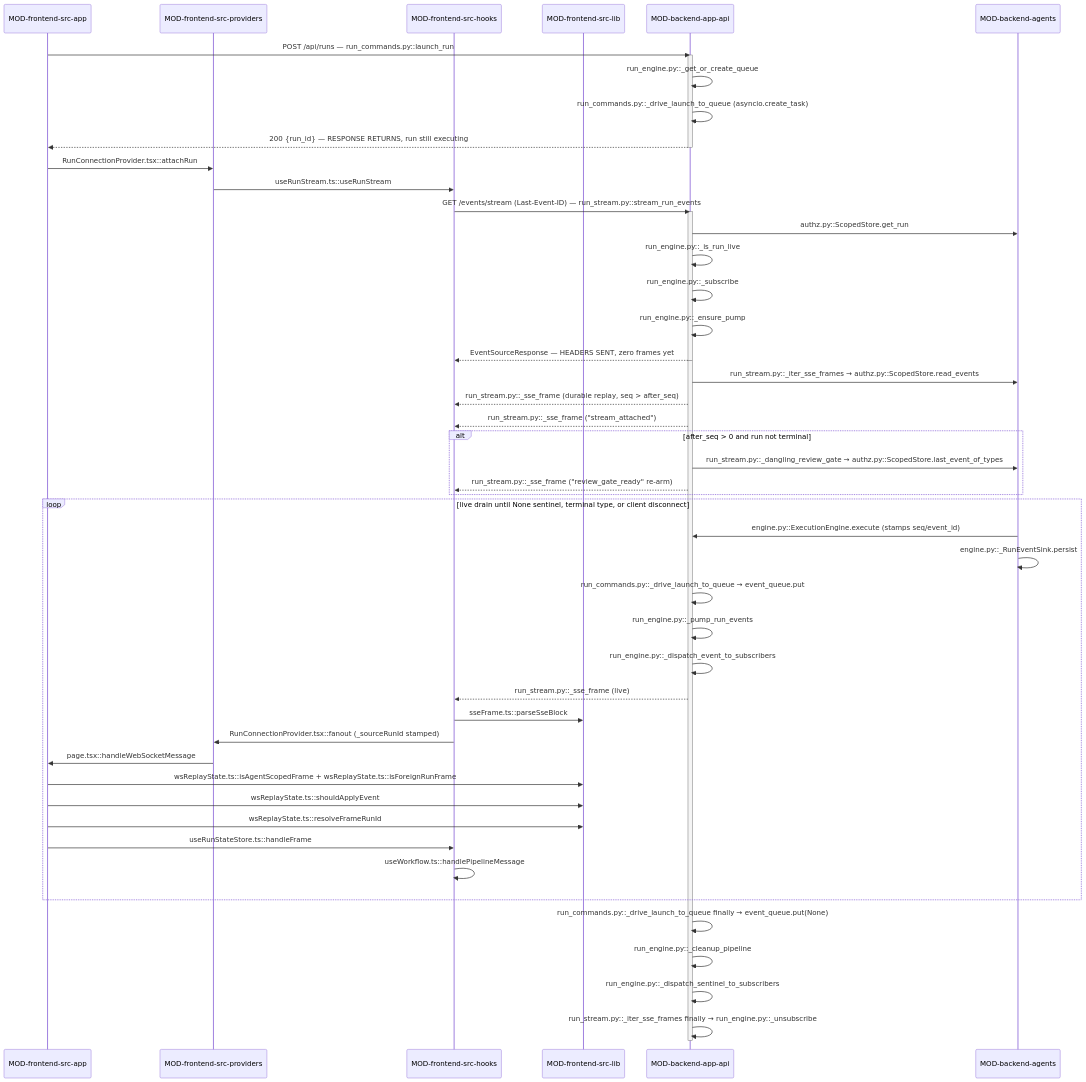
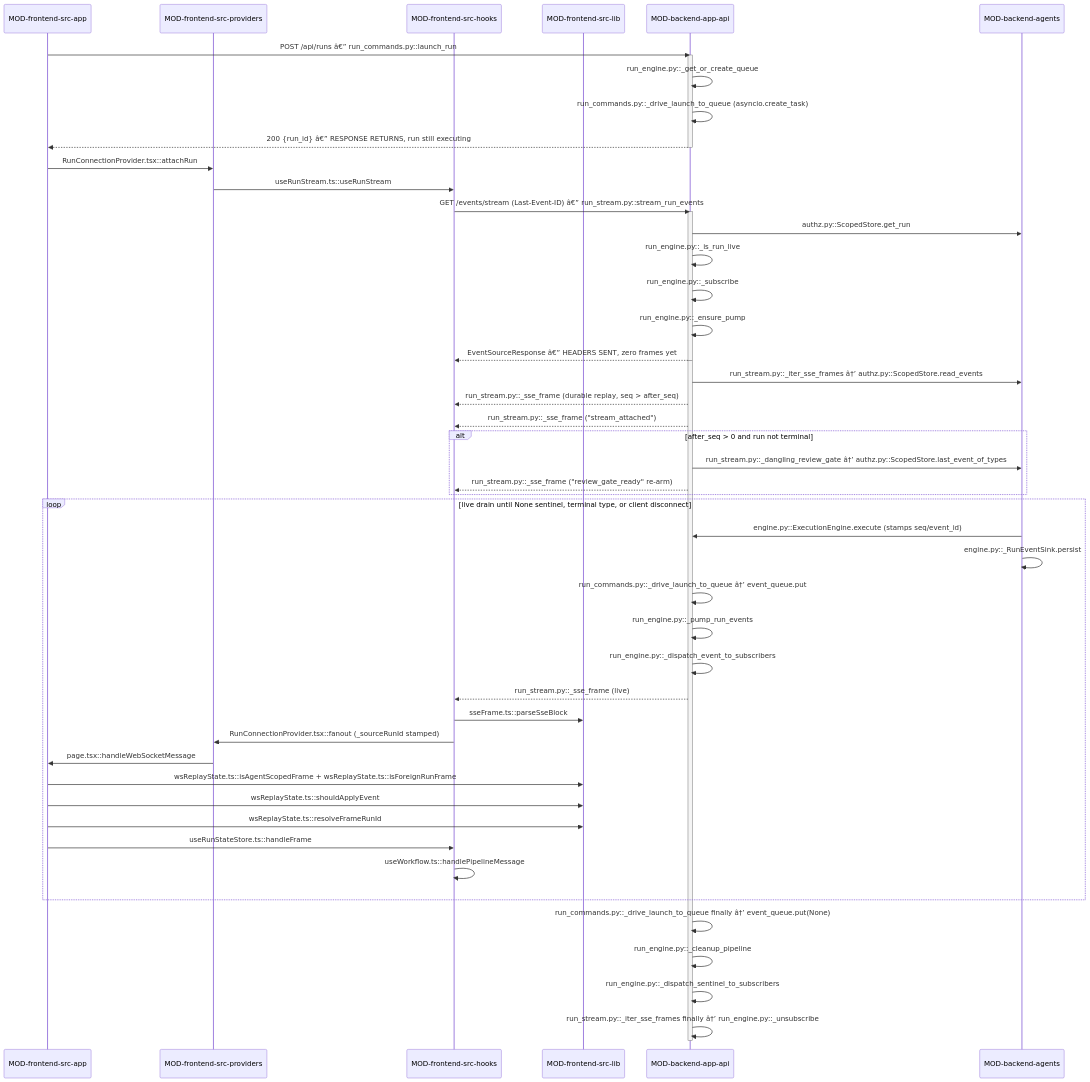
Before and after one commit to prateek-sinha7/IdeaFlowAI: the second of 2 diagrams in .knowledge/architecture/DOMAIN-run-streaming.md, drawn with Mermaid. The commit also changed other lines of this file and 791 other files, not shown here.

````diff
--- a/.knowledge/architecture/DOMAIN-run-streaming.md
+++ b/.knowledge/architecture/DOMAIN-run-streaming.md
@@ -192,59 +177,59 @@
 ```mermaid
 sequenceDiagram
     participant MOD-frontend-src-app
     participant MOD-frontend-src-providers
     participant MOD-frontend-src-hooks
     participant MOD-frontend-src-lib
     participant MOD-backend-app-api
     participant MOD-backend-agents
 
-    MOD-frontend-src-app->>MOD-backend-app-api: POST /api/runs — run_commands.py::launch_run
+    MOD-frontend-src-app->>MOD-backend-app-api: POST /api/runs â€” run_commands.py::launch_run
     activate MOD-backend-app-api
     MOD-backend-app-api->>MOD-backend-app-api: run_engine.py::_get_or_create_queue
     MOD-backend-app-api->>MOD-backend-app-api: run_commands.py::_drive_launch_to_queue (asyncio.create_task)
-    MOD-backend-app-api-->>MOD-frontend-src-app: 200 {run_id} — RESPONSE RETURNS, run still executing
+    MOD-backend-app-api-->>MOD-frontend-src-app: 200 {run_id} â€” RESPONSE RETURNS, run still executing
     deactivate MOD-backend-app-api
 
     MOD-frontend-src-app->>MOD-frontend-src-providers: RunConnectionProvider.tsx::attachRun
     MOD-frontend-src-providers->>MOD-frontend-src-hooks: useRunStream.ts::useRunStream
-    MOD-frontend-src-hooks->>MOD-backend-app-api: GET /events/stream (Last-Event-ID) — run_stream.py::stream_run_events
+    MOD-frontend-src-hooks->>MOD-backend-app-api: GET /events/stream (Last-Event-ID) â€” run_stream.py::stream_run_events
     activate MOD-backend-app-api
     MOD-backend-app-api->>MOD-backend-agents: authz.py::ScopedStore.get_run
     MOD-backend-app-api->>MOD-backend-app-api: run_engine.py::_is_run_live
     MOD-backend-app-api->>MOD-backend-app-api: run_engine.py::_subscribe
     MOD-backend-app-api->>MOD-backend-app-api: run_engine.py::_ensure_pump
-    MOD-backend-app-api-->>MOD-frontend-src-hooks: EventSourceResponse — HEADERS SENT, zero frames yet
+    MOD-backend-app-api-->>MOD-frontend-src-hooks: EventSourceResponse â€” HEADERS SENT, zero frames yet
     deactivate MOD-backend-app-api
 
     activate MOD-backend-app-api
-    MOD-backend-app-api->>MOD-backend-agents: run_stream.py::_iter_sse_frames → authz.py::ScopedStore.read_events
+    MOD-backend-app-api->>MOD-backend-agents: run_stream.py::_iter_sse_frames â†’ authz.py::ScopedStore.read_events
     MOD-backend-app-api-->>MOD-frontend-src-hooks: run_stream.py::_sse_frame (durable replay, seq > after_seq)
     MOD-backend-app-api-->>MOD-frontend-src-hooks: run_stream.py::_sse_frame ("stream_attached")
     alt after_seq > 0 and run not terminal
-        MOD-backend-app-api->>MOD-backend-agents: run_stream.py::_dangling_review_gate → authz.py::ScopedStore.last_event_of_types
+        MOD-backend-app-api->>MOD-backend-agents: run_stream.py::_dangling_review_gate â†’ authz.py::ScopedStore.last_event_of_types
         MOD-backend-app-api-->>MOD-frontend-src-hooks: run_stream.py::_sse_frame ("review_gate_ready" re-arm)
     end
 
     loop live drain until None sentinel, terminal type, or client disconnect
         MOD-backend-agents->>MOD-backend-app-api: engine.py::ExecutionEngine.execute (stamps seq/event_id)
         MOD-backend-agents->>MOD-backend-agents: engine.py::_RunEventSink.persist
-        MOD-backend-app-api->>MOD-backend-app-api: run_commands.py::_drive_launch_to_queue → event_queue.put
+        MOD-backend-app-api->>MOD-backend-app-api: run_commands.py::_drive_launch_to_queue â†’ event_queue.put
         MOD-backend-app-api->>MOD-backend-app-api: run_engine.py::_pump_run_events
         MOD-backend-app-api->>MOD-backend-app-api: run_engine.py::_dispatch_event_to_subscribers
         MOD-backend-app-api-->>MOD-frontend-src-hooks: run_stream.py::_sse_frame (live)
         MOD-frontend-src-hooks->>MOD-frontend-src-lib: sseFrame.ts::parseSseBlock
         MOD-frontend-src-hooks->>MOD-frontend-src-providers: RunConnectionProvider.tsx::fanout (_sourceRunId stamped)
         MOD-frontend-src-providers->>MOD-frontend-src-app: page.tsx::handleWebSocketMessage
         MOD-frontend-src-app->>MOD-frontend-src-lib: wsReplayState.ts::isAgentScopedFrame + wsReplayState.ts::isForeignRunFrame
         MOD-frontend-src-app->>MOD-frontend-src-lib: wsReplayState.ts::shouldApplyEvent
         MOD-frontend-src-app->>MOD-frontend-src-lib: wsReplayState.ts::resolveFrameRunId
         MOD-frontend-src-app->>MOD-frontend-src-hooks: useRunStateStore.ts::handleFrame
         MOD-frontend-src-hooks->>MOD-frontend-src-hooks: useWorkflow.ts::handlePipelineMessage
     end
 
-    MOD-backend-app-api->>MOD-backend-app-api: run_commands.py::_drive_launch_to_queue finally → event_queue.put(None)
+    MOD-backend-app-api->>MOD-backend-app-api: run_commands.py::_drive_launch_to_queue finally â†’ event_queue.put(None)
     MOD-backend-app-api->>MOD-backend-app-api: run_engine.py::_cleanup_pipeline
     MOD-backend-app-api->>MOD-backend-app-api: run_engine.py::_dispatch_sentinel_to_subscribers
-    MOD-backend-app-api->>MOD-backend-app-api: run_stream.py::_iter_sse_frames finally → run_engine.py::_unsubscribe
+    MOD-backend-app-api->>MOD-backend-app-api: run_stream.py::_iter_sse_frames finally â†’ run_engine.py::_unsubscribe
     deactivate MOD-backend-app-api
 ```
````
